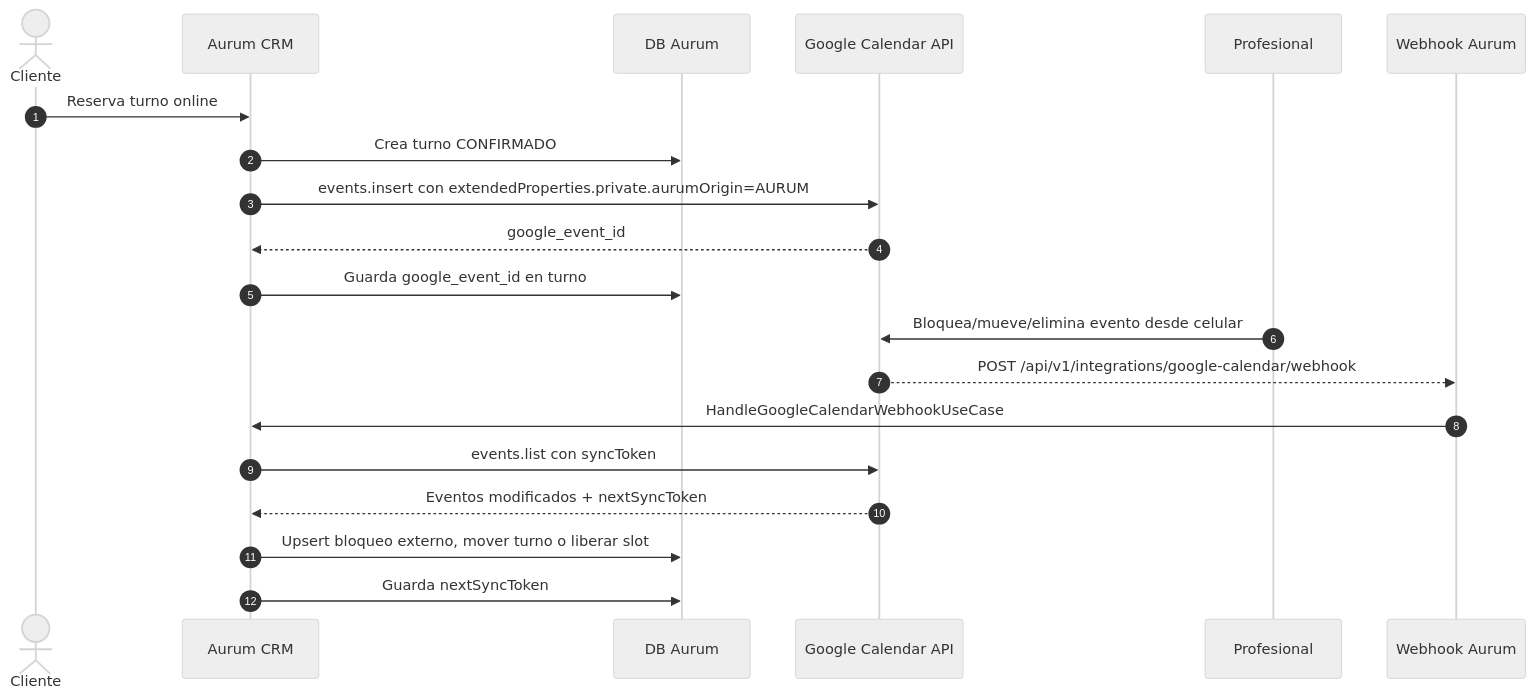
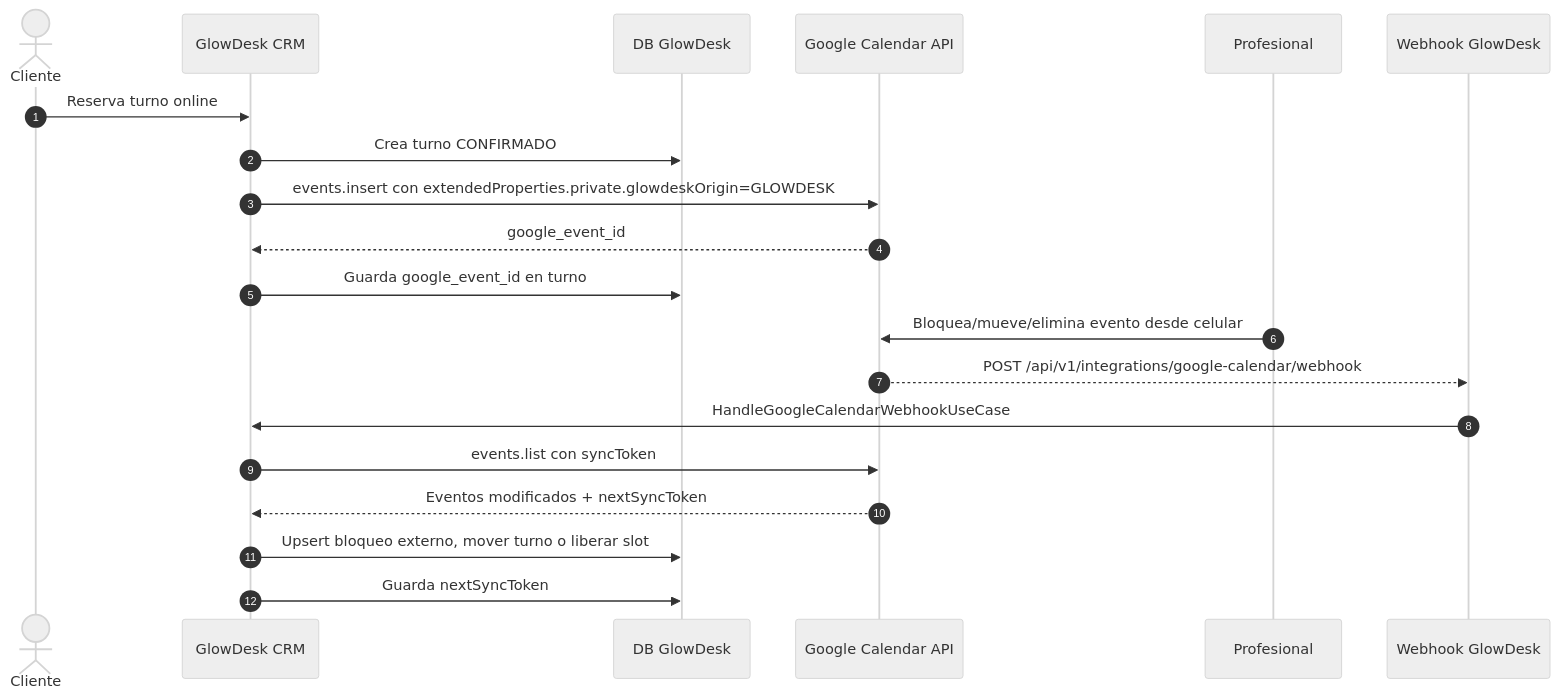
One commit to FedericoM77/estetica changed the diagram in docs/google-calendar-sync.md. Above: the diagram before and after it, drawn with Mermaid (neutral theme). The commit also changed other lines of this file and 13 other files, not shown here.

Commit message:
Actualizar branding GlowDesk y modo dia

````diff
--- a/docs/google-calendar-sync.md
+++ b/docs/google-calendar-sync.md
@@ -12,24 +12,24 @@
 ```mermaid
 sequenceDiagram
   autonumber
   actor Cliente
-  participant CRM as Aurum CRM
-  participant DB as DB Aurum
+  participant CRM as GlowDesk CRM
+  participant DB as DB GlowDesk
   participant GCal as Google Calendar API
   participant Pro as Profesional
-  participant Webhook as Webhook Aurum
+  participant Webhook as Webhook GlowDesk
 
   Cliente->>CRM: Reserva turno online
   CRM->>DB: Crea turno CONFIRMADO
-  CRM->>GCal: events.insert con extendedProperties.private.aurumOrigin=AURUM
+  CRM->>GCal: events.insert con extendedProperties.private.glowdeskOrigin=GLOWDESK
   GCal-->>CRM: google_event_id
   CRM->>DB: Guarda google_event_id en turno
 
   Pro->>GCal: Bloquea/mueve/elimina evento desde celular
   GCal-->>Webhook: POST /api/v1/integrations/google-calendar/webhook
   Webhook->>CRM: HandleGoogleCalendarWebhookUseCase
   CRM->>GCal: events.list con syncToken
   GCal-->>CRM: Eventos modificados + nextSyncToken
   CRM->>DB: Upsert bloqueo externo, mover turno o liberar slot
   CRM->>DB: Guarda nextSyncToken
 ```
````
